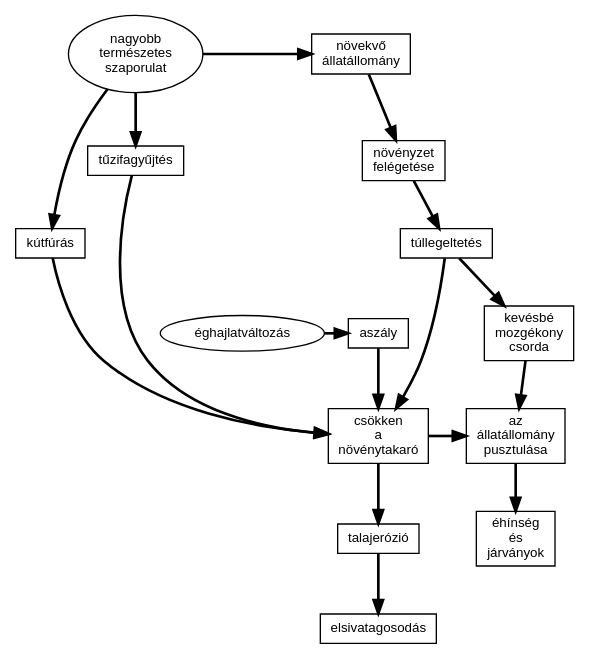
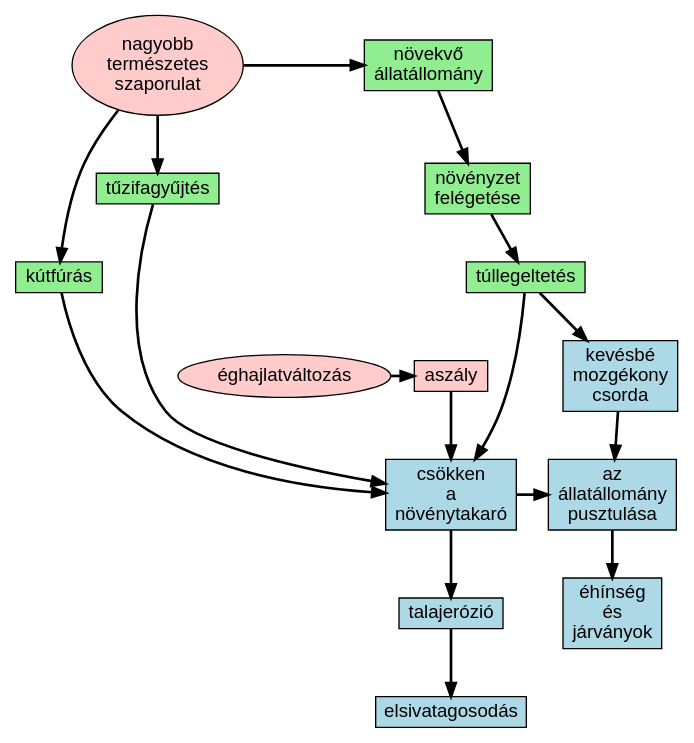
Before and after one commit to farkasmark/mikrotanitas: the diagram in graph.dot, drawn with Graphviz. The commit also changed 1 other file, not shown here.

```diff
--- a/graph.dot
+++ b/graph.dot
@@ -1,54 +1,56 @@
 digraph G {
   rankdir = TD;
   bgcolor = "#ffffff";
 
   // Define node styles and colors for categories in black and white
-  node [style=filled, fontname="Arial", fontsize=10, shape=rect, width=0.4, height=0.3, fillcolor=white, color=black];
+  node [style=filled, fontname="Arial", fontsize=14, shape=rect, width=0.4, height=0.3];
 
-  // Nodes with their labels
-  nagyobb_termeszetes_szaporulat [label="nagyobb\ntermészetes\nszaporulat", shape=ellipse];
-  eghajlatvaltozas [label="éghajlatváltozás", shape=ellipse];
-  aszaly [label="aszály"];
+  // Represents factors that influence initial conditions or causes that start a chain reaction.
+  nagyobb_termeszetes_szaporulat [label="nagyobb\ntermészetes\nszaporulat", shape=ellipse, fillcolor="#ffcccb"]; // Pink
+  eghajlatvaltozas [label="éghajlatváltozás", shape=ellipse, fillcolor="#ffcccb"]; // Pink
+  aszaly [label="aszály", fillcolor="#ffcccb"]; // Pink
   
-  novekvo_allatallomany [label="növekvő\nállatállomány"];
-  kutfuras [label="kútfúrás"];
-  tuzifagyujtes [label="tűzifagyűjtés"];
-  novenyzet_felegetese [label="növényzet\nfelégetése"];
-  tullegeltetes [label="túllegeltetés"];
-  kevesbe_mozgekony_csorda [label="kevésbé\nmozgékony\ncsorda"];
+  // Represents actions or consequences related to resource usage, expansion, or environmental changes. 
+  novekvo_allatallomany [label="növekvő\nállatállomány", fillcolor="#90ee90"]; // Light green
+  kutfuras [label="kútfúrás", fillcolor="#90ee90"]; // Light green
+  tuzifagyujtes [label="tűzifagyűjtés", fillcolor="#90ee90"]; // Light green
+  novenyzet_felegetese [label="növényzet\nfelégetése", fillcolor="#90ee90"]; // Light green
+  tullegeltetes [label="túllegeltetés", fillcolor="#90ee90"]; // Light green
 
-  csokken_a_novenytakaro [label="csökken\na\nnövénytakaró"];
-  az_allatallomany_pusztulasa [label="az\nállatállomány\npusztulása"];
-  talajerozio [label="talajerózió"];
-  elsivatagosodas [label="elsivatagosodás"];
-  ehhinseg_es_jarvanyok [label="éhínség\nés\njárványok"];
+  // Represents negative outcomes or consequences, particularly ecological damage and its effects on the ecosystem and population.
+  kevesbe_mozgekony_csorda [label="kevésbé\nmozgékony\ncsorda", fillcolor="#add8e6"]; // Light blue
+  csokken_a_novenytakaro [label="csökken\na\nnövénytakaró", fillcolor="#add8e6"]; // Light blue
+  az_allatallomany_pusztulasa [label="az\nállatállomány\npusztulása", fillcolor="#add8e6"]; // Light blue
+  talajerozio [label="talajerózió", fillcolor="#add8e6"]; // Light blue
+  elsivatagosodas [label="elsivatagosodás", fillcolor="#add8e6"]; // Light blue
+  ehhinseg_es_jarvanyok [label="éhínség\nés\njárványok", fillcolor="#add8e6"]; // Light blue
 
   // Ranks for nodes
   {rank=same nagyobb_termeszetes_szaporulat novekvo_allatallomany}
   {rank=same eghajlatvaltozas aszaly}
   {rank=same csokken_a_novenytakaro az_allatallomany_pusztulasa}
 
   // Edges between nodes in black
   nagyobb_termeszetes_szaporulat -> novekvo_allatallomany [color=black, penwidth=2];
   nagyobb_termeszetes_szaporulat -> kutfuras [color=black, penwidth=2];
   nagyobb_termeszetes_szaporulat -> tuzifagyujtes [color=black, penwidth=2];
 
   eghajlatvaltozas -> aszaly [color=black, penwidth=2];
 
   novekvo_allatallomany -> novenyzet_felegetese [color=black, penwidth=2];
   novenyzet_felegetese -> tullegeltetes [color=black, penwidth=2];
   tullegeltetes -> kevesbe_mozgekony_csorda [color=black, penwidth=2];
 
   kutfuras -> csokken_a_novenytakaro [color=black, penwidth=2];
   tuzifagyujtes -> csokken_a_novenytakaro [color=black, penwidth=2];
   tullegeltetes -> csokken_a_novenytakaro [color=black, penwidth=2];
   aszaly -> csokken_a_novenytakaro [color=black, penwidth=2];
 
   csokken_a_novenytakaro -> az_allatallomany_pusztulasa [color=black, penwidth=2];
   kevesbe_mozgekony_csorda -> az_allatallomany_pusztulasa [color=black, penwidth=2];
   
   csokken_a_novenytakaro -> talajerozio [color=black, penwidth=2];
   talajerozio -> elsivatagosodas [color=black, penwidth=2];
 
   az_allatallomany_pusztulasa -> ehhinseg_es_jarvanyok [color=black, penwidth=2];
 }
```
